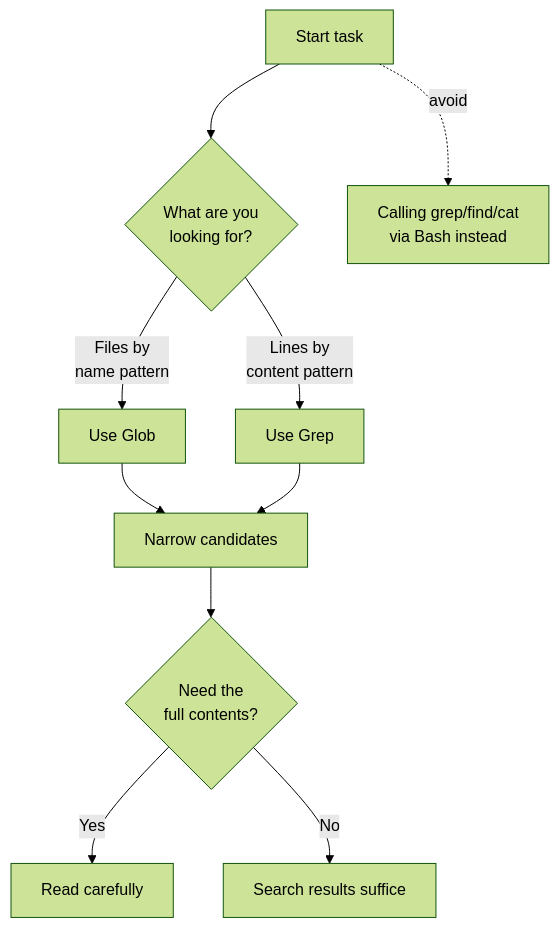
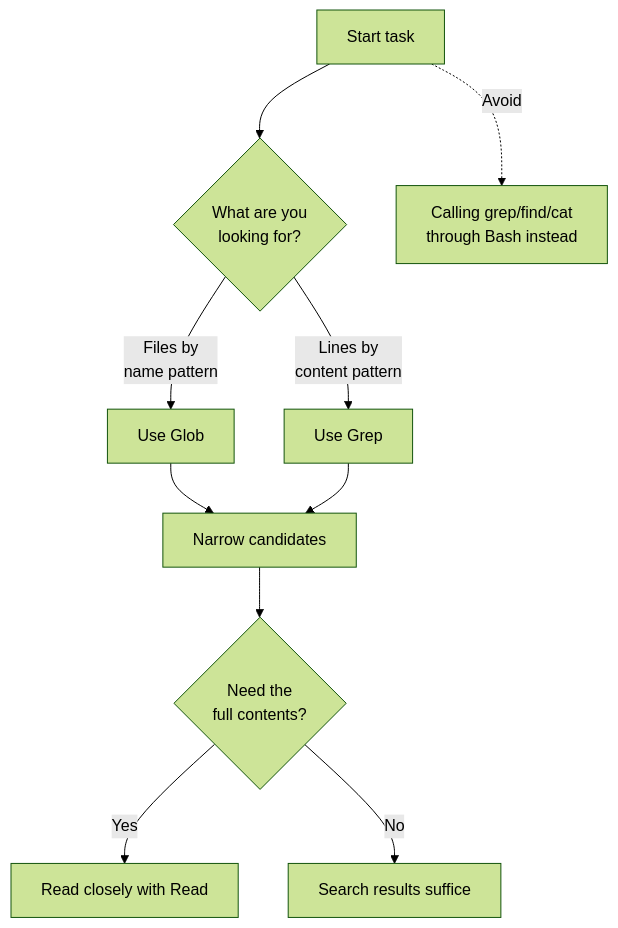
Before and after one commit to modu-ai/moai-adk: the diagram in docs-site/content/en/claude-code/foundations/tools-reference.md, drawn with Mermaid (forest theme). The commit also changed other lines of this file and 395 other files, not shown here.

````diff
--- a/docs-site/content/en/claude-code/foundations/tools-reference.md
+++ b/docs-site/content/en/claude-code/foundations/tools-reference.md
@@ -97,12 +97,12 @@
 ```mermaid
 flowchart TD
     A[Start task] --> B{What are you<br>looking for?}
     B -->|Files by<br>name pattern| C[Use Glob]
     B -->|Lines by<br>content pattern| D[Use Grep]
     C --> E[Narrow candidates]
     D --> E
     E --> F{Need the<br>full contents?}
-    F -->|Yes| G[Read carefully]
+    F -->|Yes| G[Read closely with Read]
     F -->|No| H[Search results suffice]
-    A -.avoid.-> I[Calling grep/find/cat<br>via Bash instead]
+    A -.Avoid.-> I[Calling grep/find/cat<br>through Bash instead]
 ```
````
